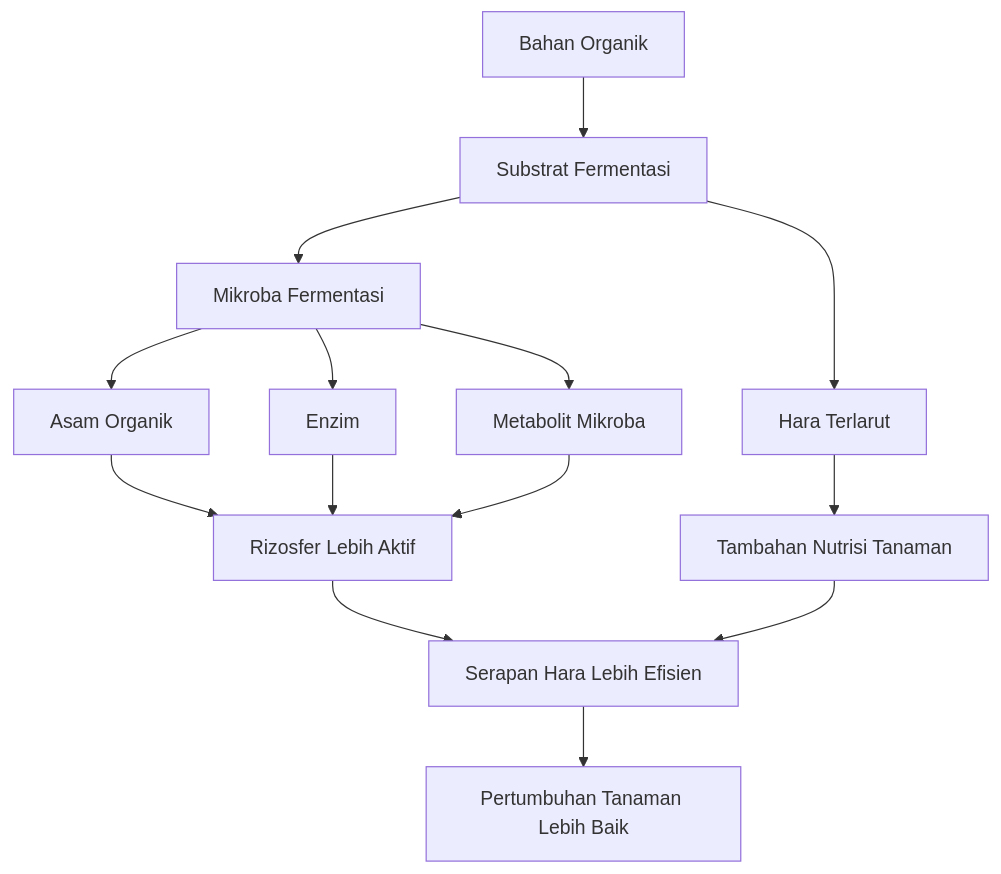
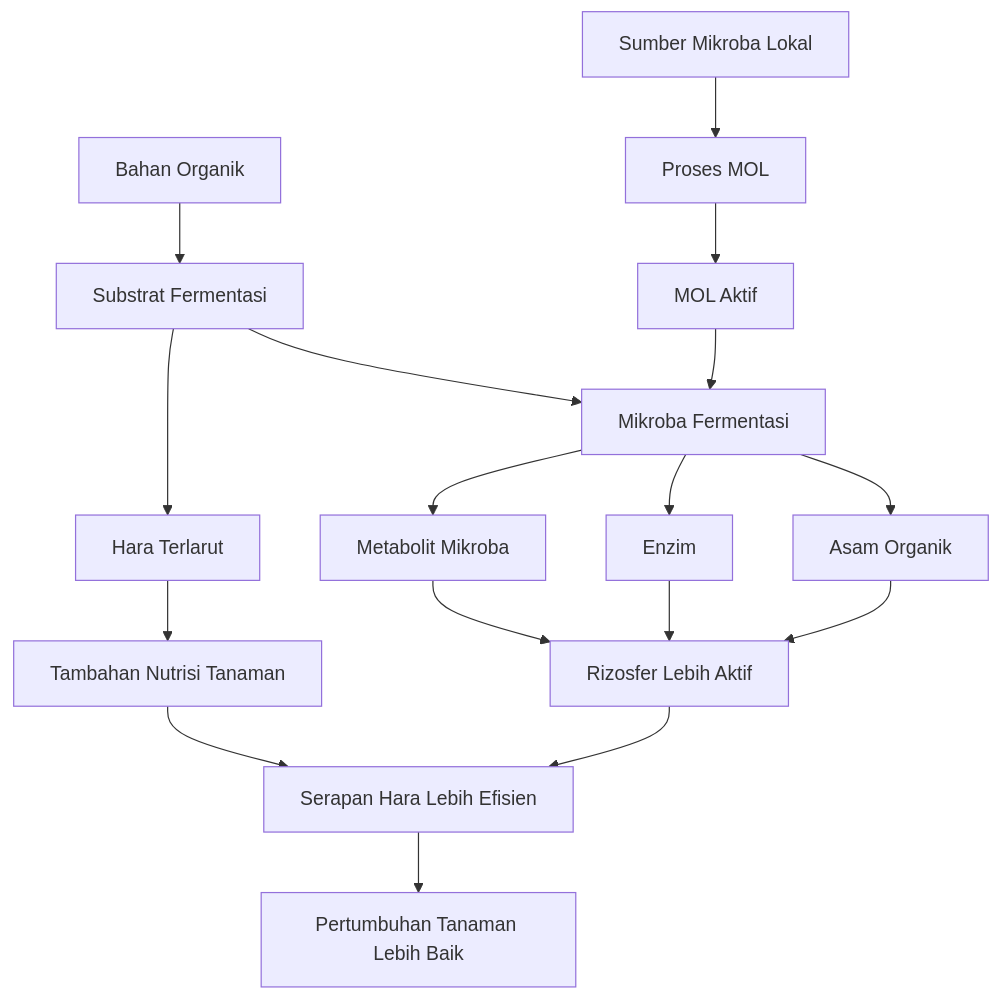
One commit to slametsampon/kawruhnology changed the sixth of 21 diagrams in content/blog/agri/agen-hayati/jakaba-poc-cabai-durian.mdx. Above: the diagram before and after it, drawn with Mermaid. The commit also changed other lines of this file and 6 other files, not shown here.

````diff
--- a/content/blog/agri/agen-hayati/jakaba-poc-cabai-durian.mdx
+++ b/content/blog/agri/agen-hayati/jakaba-poc-cabai-durian.mdx
@@ -633,17 +913,21 @@
 ```mermaid
 flowchart TD
     A[Bahan Organik] --> B[Substrat Fermentasi]
     B --> C[Mikroba Fermentasi]
     C --> D[Asam Organik]
     C --> E[Enzim]
     C --> F[Metabolit Mikroba]
     B --> G[Hara Terlarut]
 
-    D --> H[Rizosfer Lebih Aktif]
-    E --> H
-    F --> H
-    G --> I[Tambahan Nutrisi Tanaman]
-    H --> J[Serapan Hara Lebih Efisien]
-    I --> J
-    J --> K[Pertumbuhan Tanaman Lebih Baik]
+    H[Sumber Mikroba Lokal] --> I[Proses MOL]
+    I --> J[MOL Aktif]
+    J --> C
+
+    D --> K[Rizosfer Lebih Aktif]
+    E --> K
+    F --> K
+    G --> L[Tambahan Nutrisi Tanaman]
+    K --> M[Serapan Hara Lebih Efisien]
+    L --> M
+    M --> N[Pertumbuhan Tanaman Lebih Baik]
 ```
````
